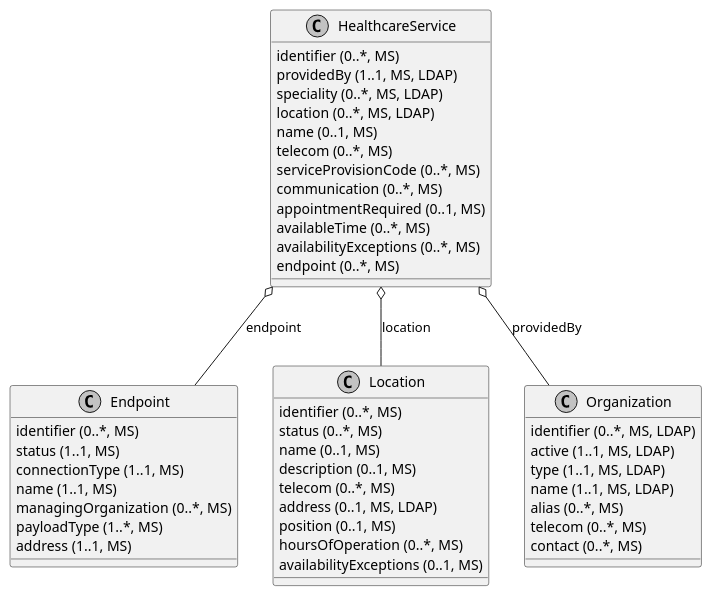
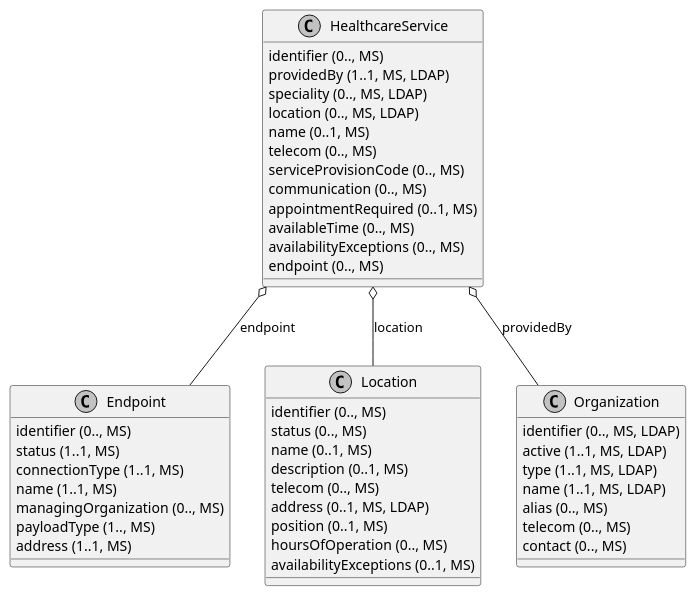
The diagram in src/plantuml/ClassDiagram.HealthcareService.puml (gematik/api-vzd), drawn with PlantUML before and after one commit. The commit also changed 3 other files, not shown here.

```diff
--- a/src/plantuml/ClassDiagram.HealthcareService.puml
+++ b/src/plantuml/ClassDiagram.HealthcareService.puml
@@ -1,51 +1,51 @@
 @startuml ClassDiagram.HealthcareService
 skinparam monochrome true
 class HealthcareService {
-  {field} identifier (0..*, MS)
+  {field} identifier (0.., MS)
   {field} providedBy (1..1, MS, LDAP)
-  {field} speciality (0..*, MS, LDAP)
-  {field} location (0..*, MS, LDAP)
+  {field} speciality (0.., MS, LDAP)
+  {field} location (0.., MS, LDAP)
   {field} name (0..1, MS)
-  {field} telecom (0..*, MS)
-  {field} serviceProvisionCode (0..*, MS)
-  {field} communication (0..*, MS)
+  {field} telecom (0.., MS)
+  {field} serviceProvisionCode (0.., MS)
+  {field} communication (0.., MS)
   {field} appointmentRequired (0..1, MS)
-  {field} availableTime (0..*, MS)
-  {field} availabilityExceptions (0..*, MS)
-  {field} endpoint (0..*, MS)
+  {field} availableTime (0.., MS)
+  {field} availabilityExceptions (0.., MS)
+  {field} endpoint (0.., MS)
 }
 class Endpoint {
-  {field} identifier (0..*, MS)
+  {field} identifier (0.., MS)
   {field} status (1..1, MS)
   {field} connectionType (1..1, MS)
   {field} name (1..1, MS)
-  {field} managingOrganization (0..*, MS)
-  {field} payloadType (1..*, MS)
+  {field} managingOrganization (0.., MS)
+  {field} payloadType (1.., MS)
   {field} address (1..1, MS)
 }
 class Location {
-  {field} identifier (0..*, MS)
-  {field} status (0..*, MS)
+  {field} identifier (0.., MS)
+  {field} status (0.., MS)
   {field} name (0..1, MS)
   {field} description (0..1, MS)
-  {field} telecom (0..*, MS)
+  {field} telecom (0.., MS)
   {field} address (0..1, MS, LDAP)
   {field} position (0..1, MS)
-  {field} hoursOfOperation (0..*, MS)
+  {field} hoursOfOperation (0.., MS)
   {field} availabilityExceptions (0..1, MS)
 }
 class Organization {
-  {field} identifier (0..*, MS, LDAP)
+  {field} identifier (0.., MS, LDAP)
   {field} active (1..1, MS, LDAP)
   {field} type (1..1, MS, LDAP)
   {field} name (1..1, MS, LDAP)
-  {field} alias (0..*, MS)
-  {field} telecom (0..*, MS)
-  {field} contact (0..*, MS)
+  {field} alias (0.., MS)
+  {field} telecom (0.., MS)
+  {field} contact (0.., MS)
 }
 
 HealthcareService o-- Organization: providedBy
 HealthcareService o-- Endpoint: endpoint
 HealthcareService o-- Location: location
 
 @enduml
```
